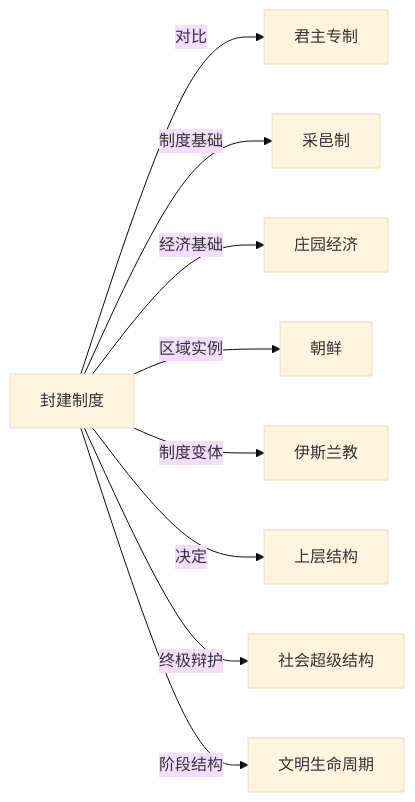
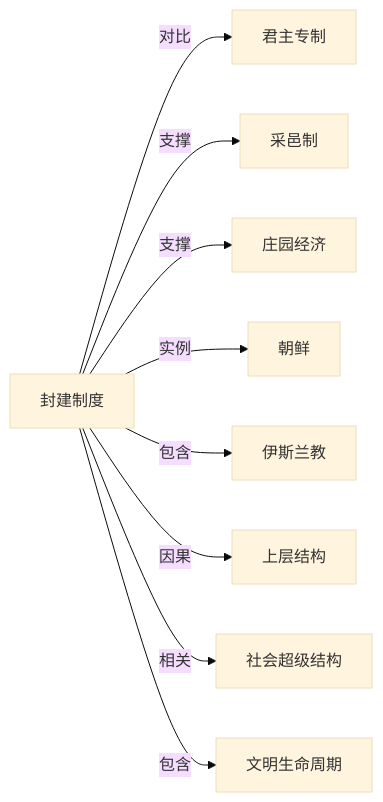
One commit to KIMMCHOW/MyKnowledge changed the diagram in Knowledge/Concepts/历史/封建制度.md. Above: the diagram before and after it, drawn with Mermaid (base theme). The commit also changed 95 other files, not shown here.

Commit message:
reorganize: 统一关系图边标签为11类

````diff
--- a/Knowledge/Concepts/历史/封建制度.md
+++ b/Knowledge/Concepts/历史/封建制度.md
@@ -49,11 +49,11 @@
 ```mermaid
 graph LR
 封建制度 -->|对比| 君主专制
-封建制度 -->|制度基础| 采邑制
-封建制度 -->|经济基础| 庄园经济
-封建制度 -->|区域实例| 朝鲜
-封建制度 -->|制度变体| 伊斯兰教
-封建制度 -->|决定| 上层结构
-封建制度 -->|终极辩护| 社会超级结构
-封建制度 -->|阶段结构| 文明生命周期
+封建制度 -->|支撑| 采邑制
+封建制度 -->|支撑| 庄园经济
+封建制度 -->|实例| 朝鲜
+封建制度 -->|包含| 伊斯兰教
+封建制度 -->|因果| 上层结构
+封建制度 -->|相关| 社会超级结构
+封建制度 -->|包含| 文明生命周期
 ```
````
